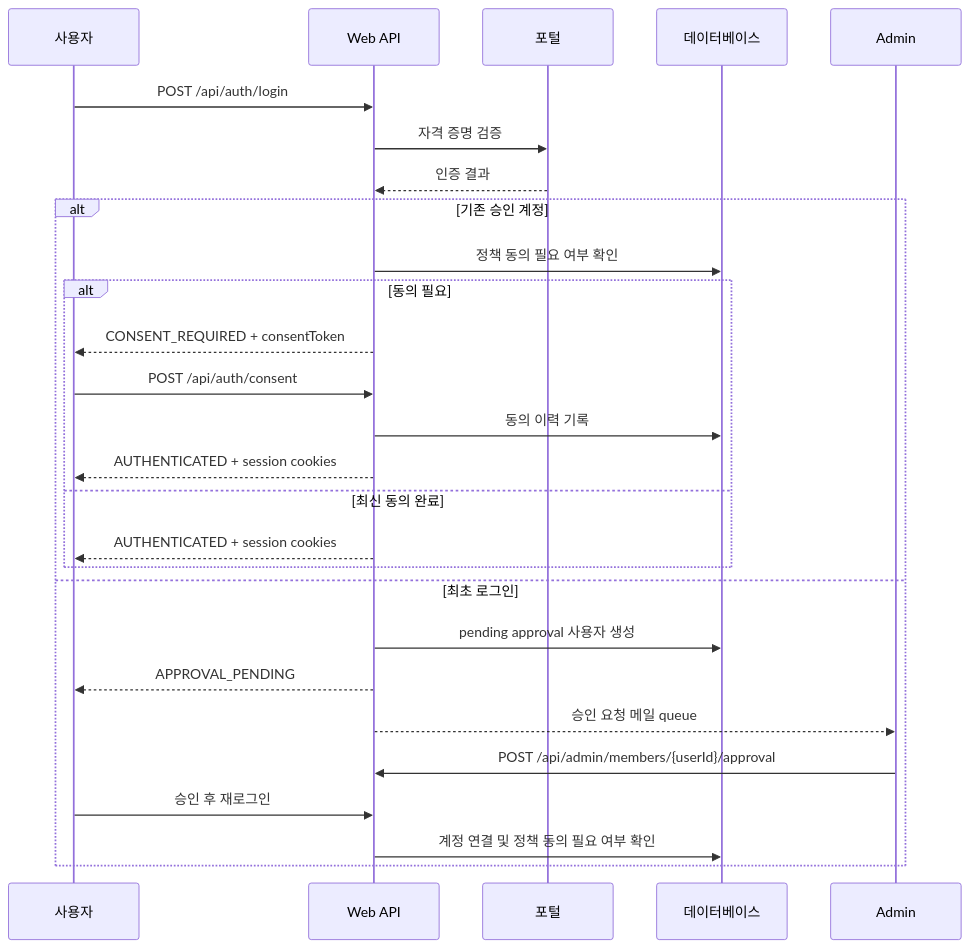
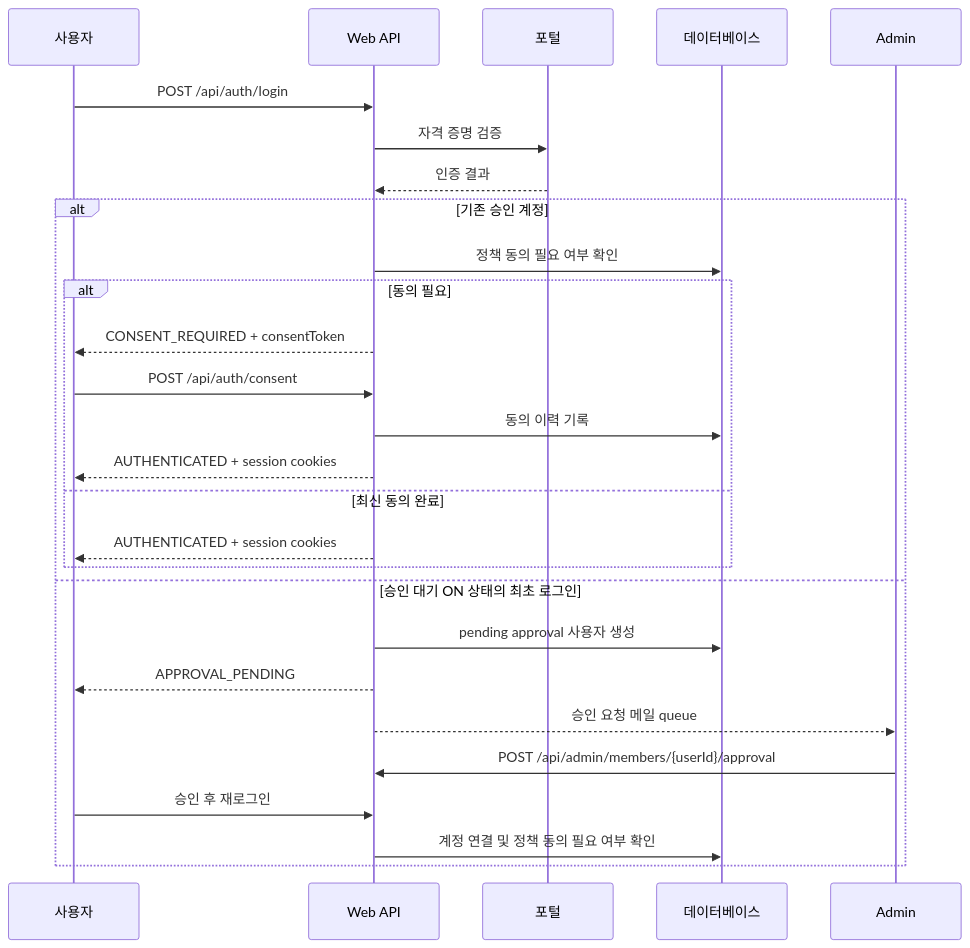
The second of 4 diagrams in README.ko.md (OneTop4458/cu12), drawn with Mermaid before and after one commit. The commit also changed other lines of this file and 57 other files, not shown here.

````diff
--- a/README.ko.md
+++ b/README.ko.md
@@ -40,29 +40,29 @@
 ```mermaid
 sequenceDiagram
   participant U as 사용자
   participant Web as Web API
   participant Portal as 포털
   participant DB as 데이터베이스
 
   U->>Web: POST /api/auth/login
   Web->>Portal: 자격 증명 검증
   Portal-->>Web: 인증 결과
   alt 기존 승인 계정
     Web->>DB: 정책 동의 필요 여부 확인
     alt 동의 필요
       Web-->>U: CONSENT_REQUIRED + consentToken
       U->>Web: POST /api/auth/consent
       Web->>DB: 동의 이력 기록
       Web-->>U: AUTHENTICATED + session cookies
     else 최신 동의 완료
       Web-->>U: AUTHENTICATED + session cookies
     end
-  else 최초 로그인
+  else 승인 대기 ON 상태의 최초 로그인
     Web->>DB: pending approval 사용자 생성
     Web-->>U: APPROVAL_PENDING
     Web-->>Admin: 승인 요청 메일 queue
     Admin->>Web: POST /api/admin/members/{userId}/approval
     U->>Web: 승인 후 재로그인
     Web->>DB: 계정 연결 및 정책 동의 필요 여부 확인
   end
 ```
````
